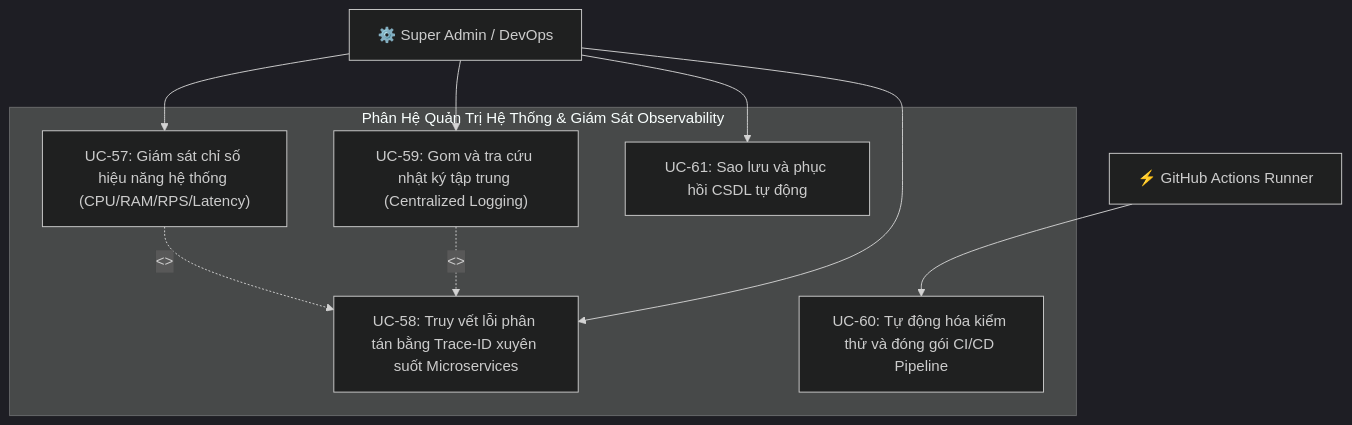
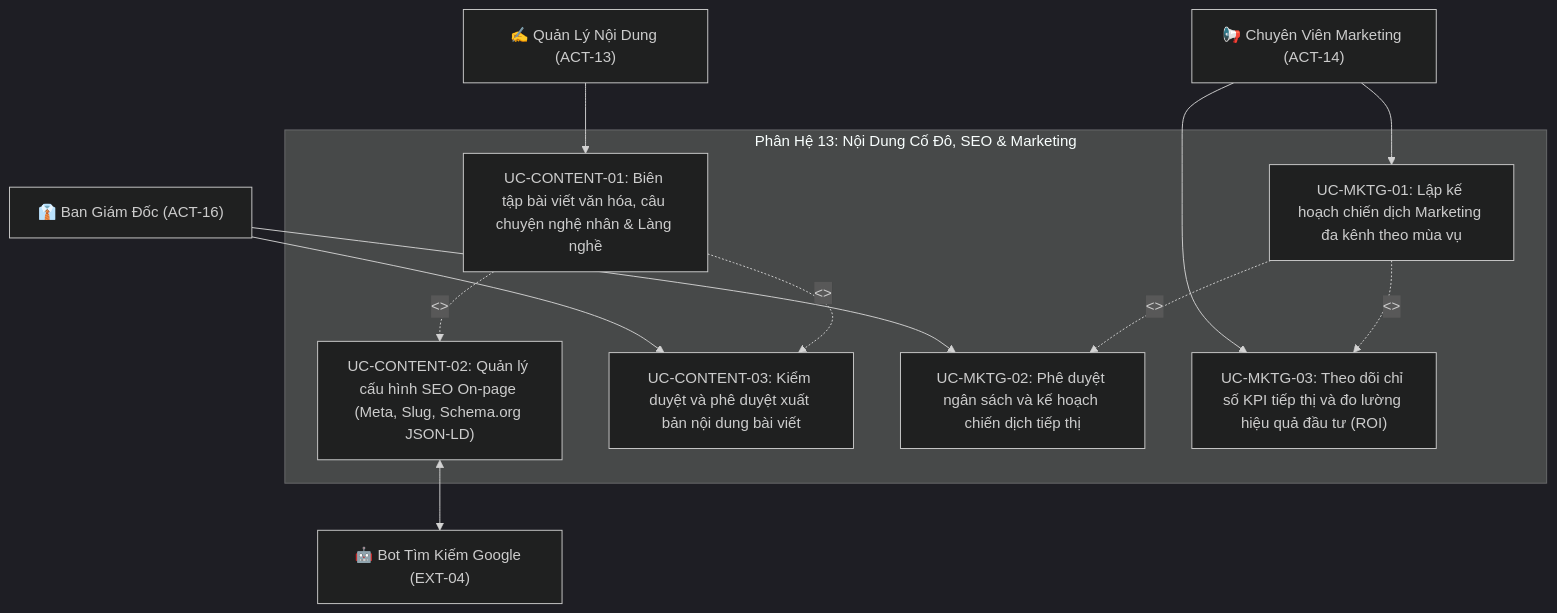
One commit to hvduong2k5/DUT.PBL6 changed diagram 15 of 16 in docs/01_requirements/use_case_specification.md. Above: the diagram before and after it, drawn with Mermaid (dark theme). The commit also changed other lines of this file, not shown here.

````diff
--- a/docs/01_requirements/use_case_specification.md
+++ b/docs/01_requirements/use_case_specification.md
@@ -517,23 +852,29 @@
 ```mermaid
 graph TB
-    DevOpsAdmin["⚙️ Super Admin / DevOps"]
-    CiCdRunner["⚡ GitHub Actions Runner"]
+    ContentMgr["✍️ Quản Lý Nội Dung (ACT-13)"]
+    Marketing["📢 Chuyên Viên Marketing (ACT-14)"]
+    Executive["👔 Ban Giám Đốc (ACT-16)"]
+    Ext_SearchBot["🤖 Bot Tìm Kiếm Google (EXT-04)"]
 
-    subgraph DevOps_Subsystem ["Phân Hệ Quản Trị Hệ Thống & Giám Sát Observability"]
-        UC57["UC-57: Giám sát chỉ số hiệu năng hệ thống (CPU/RAM/RPS/Latency)"]
-        UC58["UC-58: Truy vết lỗi phân tán bằng Trace-ID xuyên suốt Microservices"]
-        UC59["UC-59: Gom và tra cứu nhật ký tập trung (Centralized Logging)"]
-        UC60["UC-60: Tự động hóa kiểm thử và đóng gói CI/CD Pipeline"]
-        UC61["UC-61: Sao lưu và phục hồi CSDL tự động"]
+    subgraph Subsystem_Content_Marketing ["Phân Hệ 13: Nội Dung Cố Đô, SEO & Marketing"]
+        UC_CONTENT_01["UC-CONTENT-01: Biên tập bài viết văn hóa, câu chuyện nghệ nhân & Làng nghề"]
+        UC_CONTENT_02["UC-CONTENT-02: Quản lý cấu hình SEO On-page (Meta, Slug, Schema.org JSON-LD)"]
+        UC_CONTENT_03["UC-CONTENT-03: Kiểm duyệt và phê duyệt xuất bản nội dung bài viết"]
+        UC_MKTG_01["UC-MKTG-01: Lập kế hoạch chiến dịch Marketing đa kênh theo mùa vụ"]
+        UC_MKTG_02["UC-MKTG-02: Phê duyệt ngân sách và kế hoạch chiến dịch tiếp thị"]
+        UC_MKTG_03["UC-MKTG-03: Theo dõi chỉ số KPI tiếp thị và đo lường hiệu quả đầu tư (ROI)"]
 
-        UC57 -. "<<include>>" .-> UC58
-        UC59 -. "<<extend>>" .-> UC58
+        UC_CONTENT_01 -. "<<include>>" .-> UC_CONTENT_02
+        UC_CONTENT_01 -. "<<include>>" .-> UC_CONTENT_03
+        UC_MKTG_01 -. "<<include>>" .-> UC_MKTG_02
+        UC_MKTG_01 -. "<<include>>" .-> UC_MKTG_03
     end
 
-    DevOpsAdmin --> UC57
-    DevOpsAdmin --> UC58
-    DevOpsAdmin --> UC59
-    DevOpsAdmin --> UC61
+    ContentMgr --> UC_CONTENT_01
+    Marketing --> UC_MKTG_01
+    Marketing --> UC_MKTG_03
+    Executive --> UC_CONTENT_03
+    Executive --> UC_MKTG_02
 
-    CiCdRunner --> UC60
+    UC_CONTENT_02 <--> Ext_SearchBot
 ```
````
